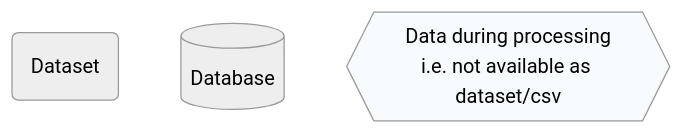
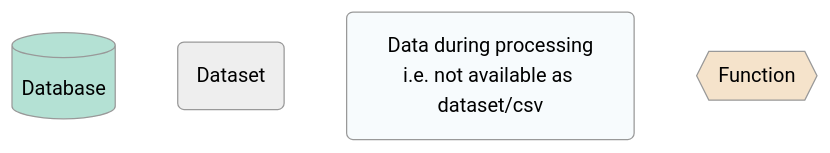
One commit to kailo-beewell/synthetic_standard_school_dashboards changed the first of 4 diagrams in data_structures_guide.md. Above: the diagram before and after it, drawn with Mermaid (neutral theme). The commit also changed other lines of this file, not shown here.

Commit message:
Further work on in-progress data processing diagram

````diff
--- a/data_structures_guide.md
+++ b/data_structures_guide.md
@@ -8,10 +8,19 @@
 ```mermaid
-  graph TD; 
+  graph TD;
+    d[(Database)]; 
     r(Dataset);
-    d[(Database)];
-    i{{Data during processing<br>i.e. not available as dataset/csv}};
+    i(Data during processing<br>i.e. not available as dataset/csv);
+    f{{Function}}
 
     %% Add custom colour to nodes
-    classDef pale fill:#F7FBFD;
-    class i pale;
+
+    classDef database fill:#b4e1d4;
+    class d database;
+
+    classDef process fill:#F7FBFD;
+    class i process;
+
+    classDef function fill:#f5e3cb;
+    class f function;
+    
 ```
````
